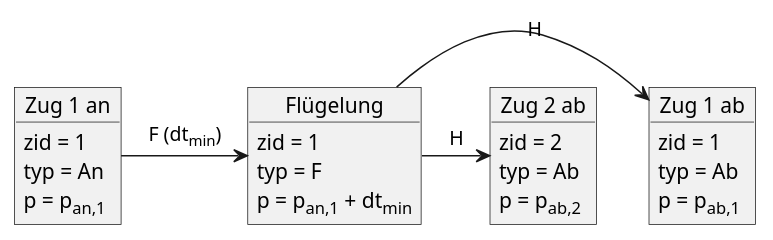
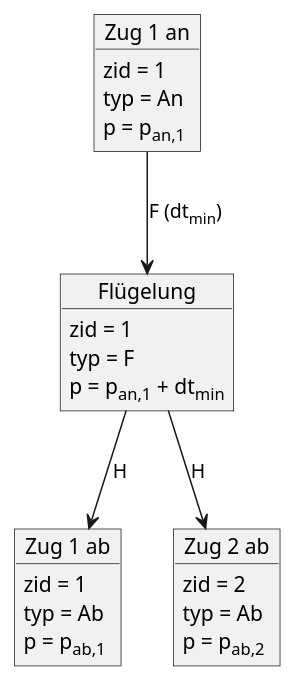
One commit to topological-state/stskit changed the diagram in docs/fluegelung-ereignis.puml. Above: the diagram before and after it, drawn with PlantUML. The commit also changed 3 other files, not shown here.

Commit message:
dokumentation: ereignisdiagramme vertikal darstellen

```diff
--- a/docs/fluegelung-ereignis.puml
+++ b/docs/fluegelung-ereignis.puml
@@ -1,32 +1,32 @@
 @startuml
 'https://plantuml.com/object-diagram
 
 object "Zug 1 an" as zug1an {
     zid = 1
     typ = An
     p = p<sub>an,1</sub>
 }
 
 object "Flügelung" as fluegelung {
     zid = 1
     typ = F
     p = p<sub>an,1</sub> + dt<sub>min</sub>
 }
 
 object "Zug 1 ab" as zug1ab {
     zid = 1
     typ = Ab
     p = p<sub>ab,1</sub>
 }
 
 object "Zug 2 ab" as zug2ab {
     zid = 2
     typ = Ab
     p = p<sub>ab,2</sub>
 }
 
-zug1an -> fluegelung: F (dt<sub>min</sub>)
-fluegelung -> zug1ab: H
-fluegelung -> zug2ab: H
+zug1an --> fluegelung: F (dt<sub>min</sub>)
+fluegelung --> zug1ab: H
+fluegelung --> zug2ab: H
 
 @enduml
```
